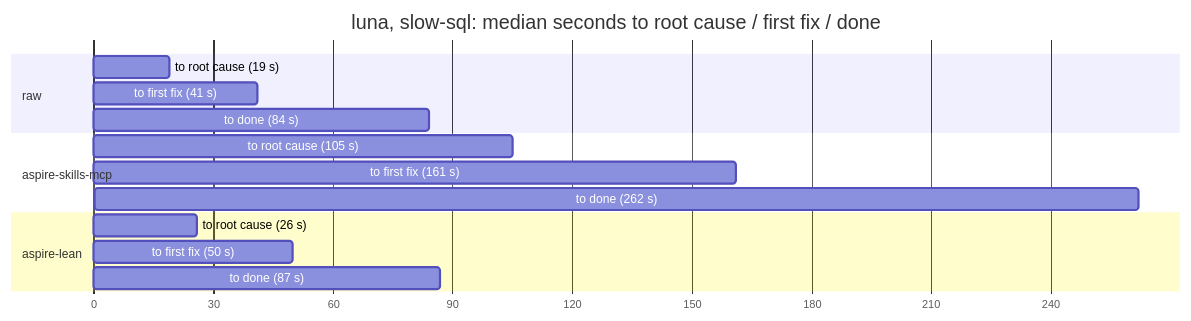
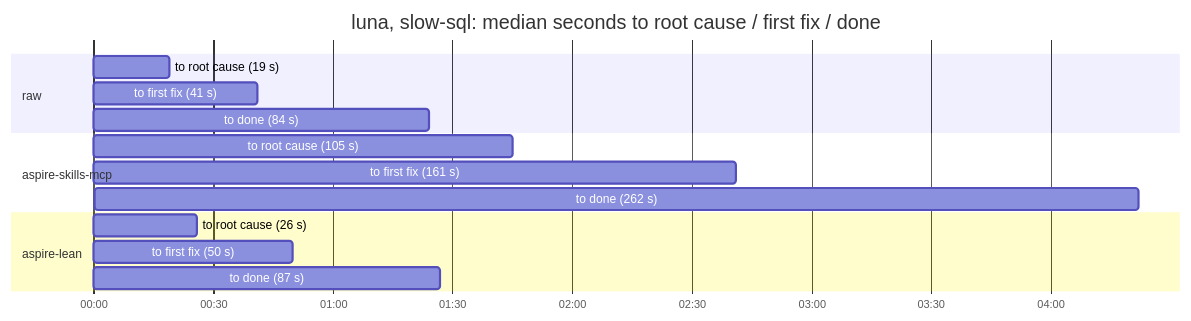
One commit to sebastienros/aspire-bench changed the eighth of 11 diagrams in msbench/telemetry/REPORT.md. Above: the diagram before and after it, drawn with Mermaid.

Commit message:
REPORT: gantt axis in minutes:seconds

````diff
--- a/msbench/telemetry/REPORT.md
+++ b/msbench/telemetry/REPORT.md
@@ -362,18 +362,18 @@
 ```mermaid
 gantt
     title luna, slow-sql: median seconds to root cause / first fix / done
     dateFormat X
-    axisFormat %s
+    axisFormat %M:%S
     section raw
     to root cause (19 s)      :a1, 0, 19
     to first fix (41 s)       :a2, 19, 41
     to done (84 s)            :a3, 41, 84
     section aspire-skills-mcp
     to root cause (105 s)     :b1, 0, 105
     to first fix (161 s)      :b2, 105, 161
     to done (262 s)           :b3, 161, 262
     section aspire-lean
     to root cause (26 s)      :c1, 0, 26
     to first fix (50 s)       :c2, 26, 50
     to done (87 s)            :c3, 50, 87
 ```
````
